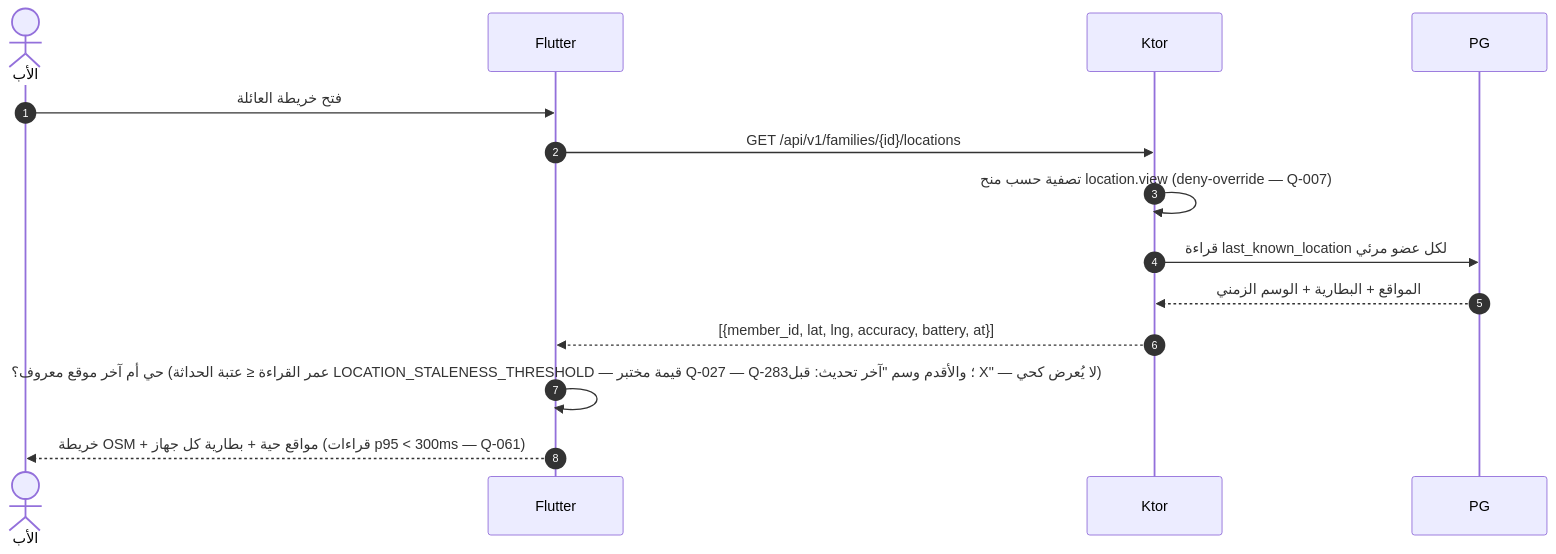
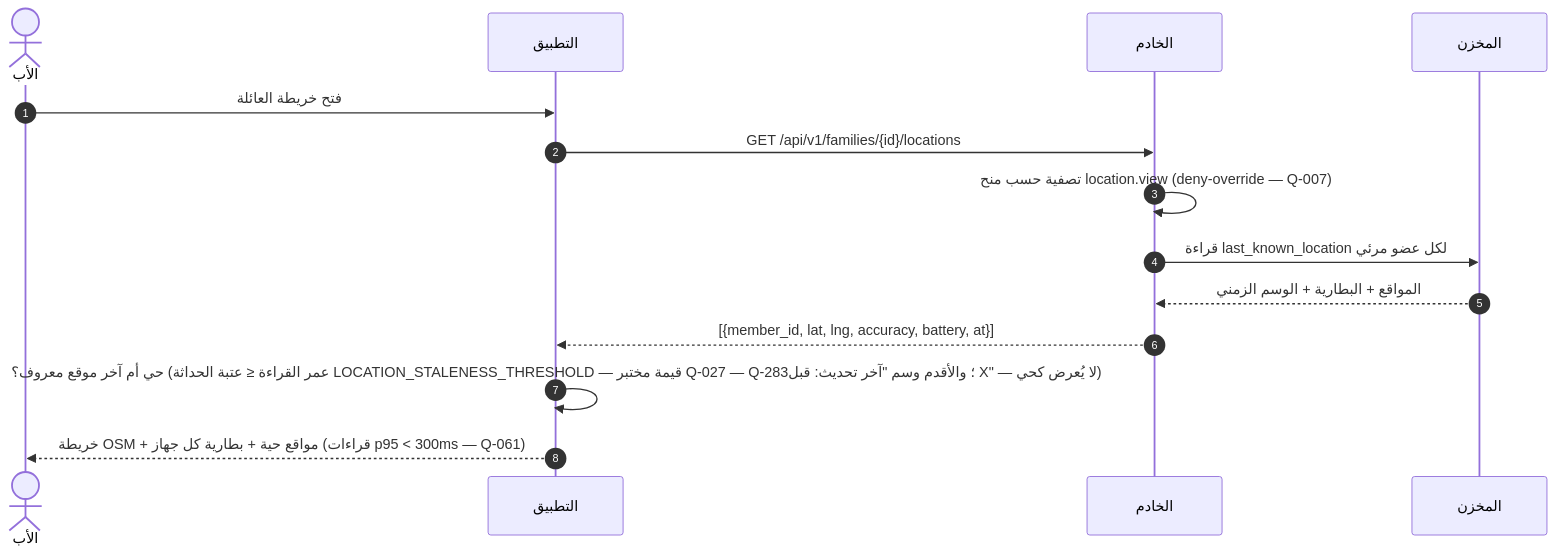
Before and after one commit to Bassam-mohammed-alqaeadi/family-os-v2: the fourth of 13 diagrams in docs/family-os/governance/phases/phase-1/S1-07-location-basic/DIAGRAMS.md, drawn with Mermaid. The commit also changed other lines of this file and 2 other files, not shown here.

First line of the commit message:
R2-CI-05 (P3): فحص Mermaid يتحقق من اتجاه إعلان المشاركين (R5-1) + قلب 26 إعلاناً معكوساً

````diff
--- a/docs/family-os/governance/phases/phase-1/S1-07-location-basic/DIAGRAMS.md
+++ b/docs/family-os/governance/phases/phase-1/S1-07-location-basic/DIAGRAMS.md
@@ -194,16 +194,16 @@
 ```mermaid
 sequenceDiagram
     autonumber
     actor Father as الأب
-    participant التطبيق as Flutter
-    participant الخادم as Ktor
-    participant المخزن as PG
-    Father->>التطبيق: فتح خريطة العائلة
-    التطبيق->>الخادم: GET /api/v1/families/{id}/locations
-    الخادم->>الخادم: تصفية حسب منح location.view (deny-override — Q-007)
-    الخادم->>المخزن: قراءة last_known_location لكل عضو مرئي
-    المخزن-->>الخادم: المواقع + البطارية + الوسم الزمني
-    الخادم-->>التطبيق: [{member_id, lat, lng, accuracy, battery, at}]
-    التطبيق->>التطبيق: حي أم آخر موقع معروف؟ (عمر القراءة ≤ عتبة الحداثة LOCATION_STALENESS_THRESHOLD — قيمة مختبر Q-027 — Q-283؛ والأقدم وسم "آخر تحديث: قبل X" — لا يُعرض كحي)
-    التطبيق-->>Father: خريطة OSM + مواقع حية + بطارية كل جهاز (قراءات p95 < 300ms — Q-061)
+    participant Flutter as التطبيق
+    participant Ktor as الخادم
+    participant PG as المخزن
+    Father->>Flutter: فتح خريطة العائلة
+    Flutter->>Ktor: GET /api/v1/families/{id}/locations
+    Ktor->>Ktor: تصفية حسب منح location.view (deny-override — Q-007)
+    Ktor->>PG: قراءة last_known_location لكل عضو مرئي
+    PG-->>Ktor: المواقع + البطارية + الوسم الزمني
+    Ktor-->>Flutter: [{member_id, lat, lng, accuracy, battery, at}]
+    Flutter->>Flutter: حي أم آخر موقع معروف؟ (عمر القراءة ≤ عتبة الحداثة LOCATION_STALENESS_THRESHOLD — قيمة مختبر Q-027 — Q-283؛ والأقدم وسم "آخر تحديث: قبل X" — لا يُعرض كحي)
+    Flutter-->>Father: خريطة OSM + مواقع حية + بطارية كل جهاز (قراءات p95 < 300ms — Q-061)
 ```
````
